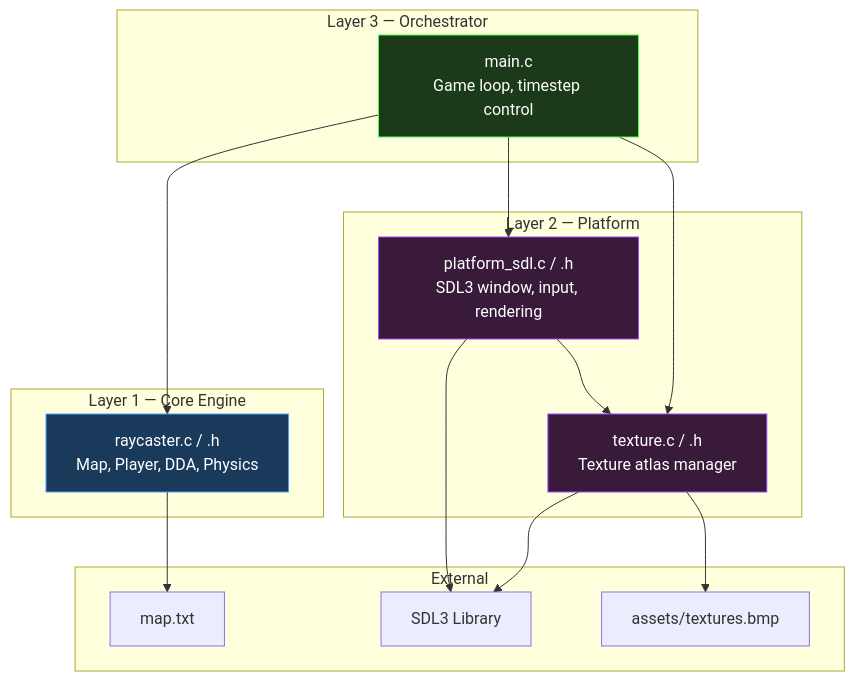
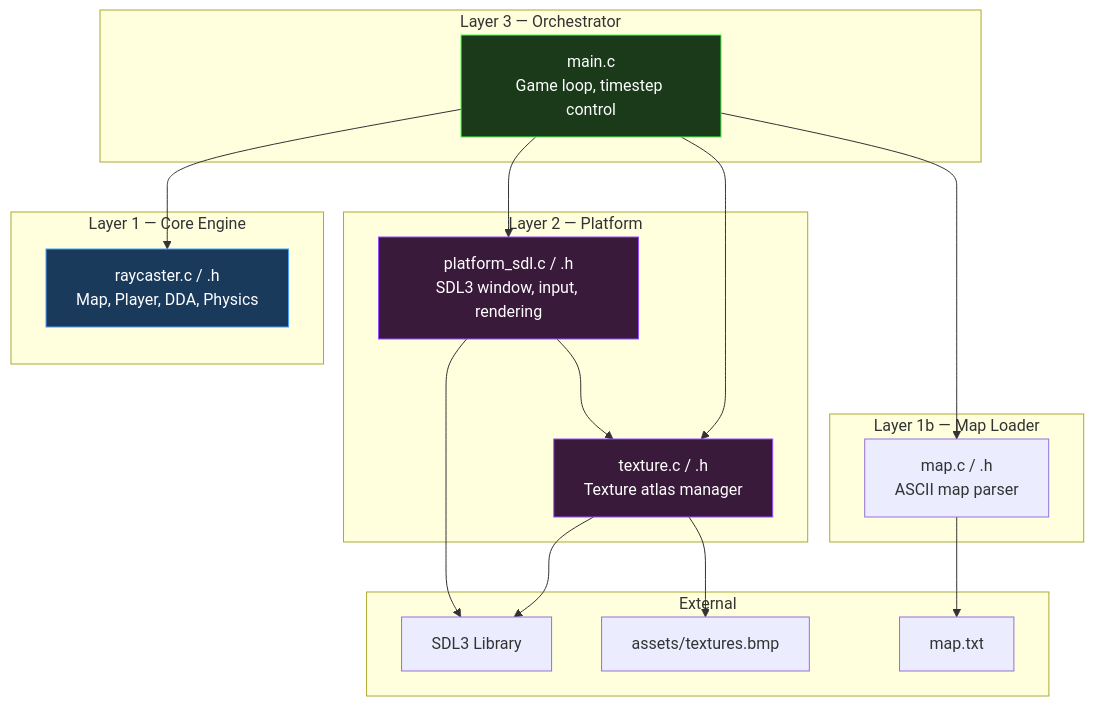
The first of 5 diagrams in docs/ARCHITECTURE.md (seanhodges/simple-3d-raycaster-game), drawn with Mermaid before and after one commit. The commit also changed other lines of this file and 11 other files, not shown here.

````diff
--- a/docs/ARCHITECTURE.md
+++ b/docs/ARCHITECTURE.md
@@ -25,35 +25,40 @@
 ```mermaid
 graph TB
     subgraph "Layer 3 — Orchestrator"
         MAIN["main.c<br/>Game loop, timestep control"]
     end
 
     subgraph "Layer 1 — Core Engine"
         RC["raycaster.c / .h<br/>Map, Player, DDA, Physics"]
     end
 
     subgraph "Layer 2 — Platform"
         PLAT["platform_sdl.c / .h<br/>SDL3 window, input, rendering"]
         TEX["texture.c / .h<br/>Texture atlas manager"]
     end
 
     subgraph "External"
         SDL3["SDL3 Library"]
         MAP["map.txt"]
         BMP["assets/textures.bmp"]
     end
 
     MAIN --> RC
     MAIN --> PLAT
     MAIN --> TEX
     PLAT --> SDL3
     PLAT --> TEX
     TEX --> SDL3
     TEX --> BMP
-    RC --> MAP
+    subgraph "Layer 1b — Map Loader"
+        MAPMOD["map.c / .h<br/>ASCII map parser"]
+    end
+
+    MAIN --> MAPMOD
+    MAPMOD --> MAP
 
     style RC fill:#1a3a5c,stroke:#4a9eff,color:#fff
     style PLAT fill:#3a1a3a,stroke:#9a4aff,color:#fff
     style TEX fill:#3a1a3a,stroke:#9a4aff,color:#fff
     style MAIN fill:#1a3a1a,stroke:#4aff4a,color:#fff
 ```
````
